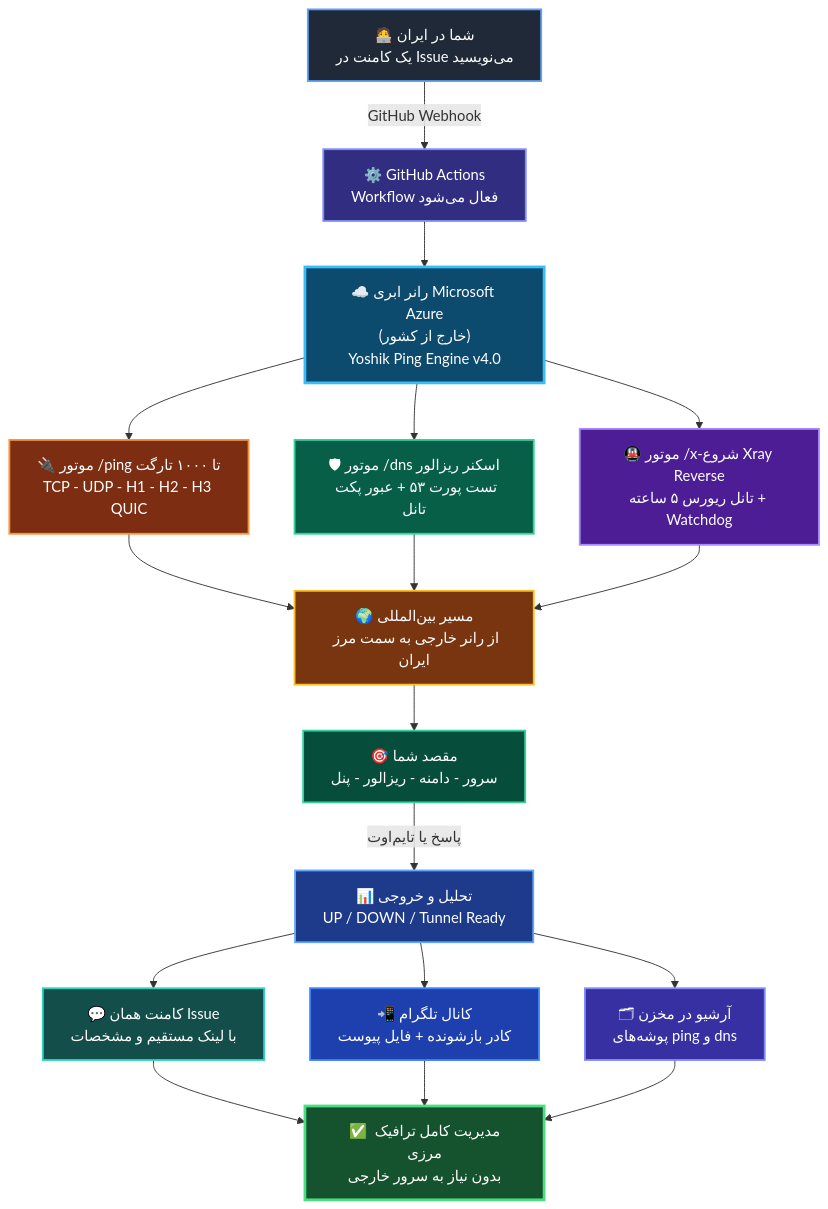
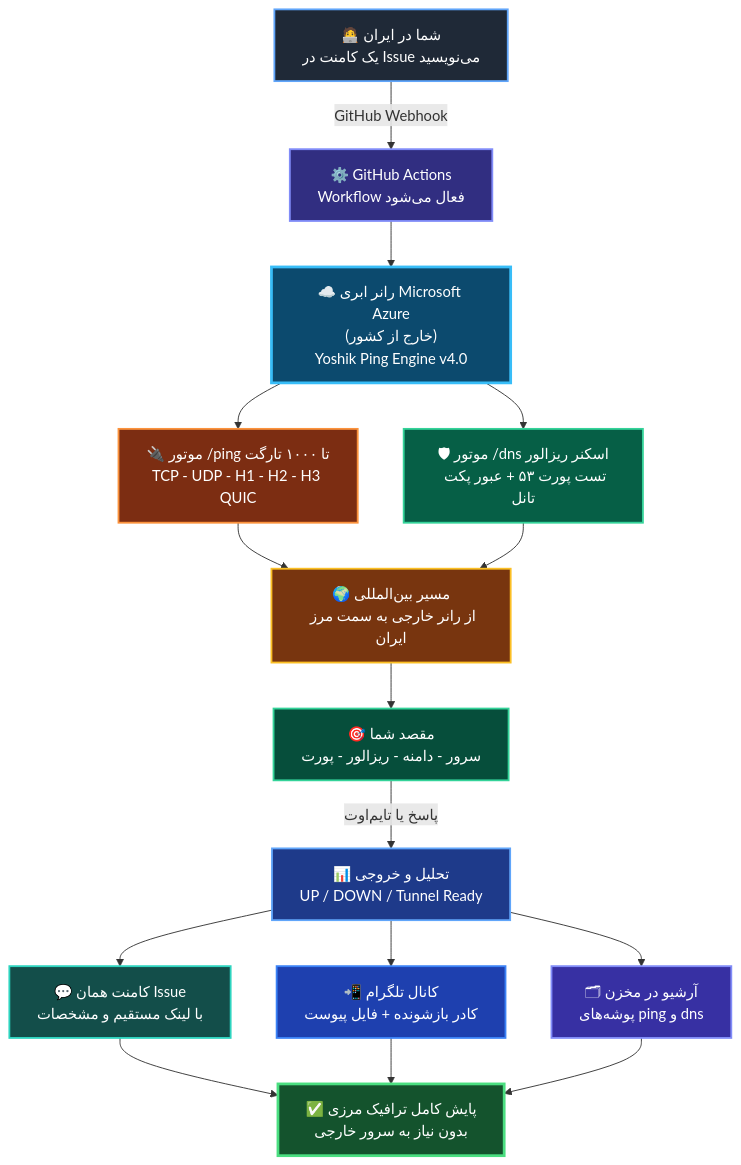
Before and after one commit to YoshikVPS/YoshikPing: the diagram in README.md, drawn with Mermaid. The commit also changed other lines of this file, not shown here.

````diff
--- a/README.md
+++ b/README.md
@@ -39,33 +39,30 @@
 ```mermaid
 flowchart TD
     A["🧑‍💻 شما در ایران<br/>یک کامنت در Issue می‌نویسید"] -->|"GitHub Webhook"| B["⚙️ GitHub Actions<br/>Workflow فعال می‌شود"]
     B --> C["☁️ رانر ابری Microsoft Azure<br/>(خارج از کشور)<br/>Yoshik Ping Engine v4.0"]
     C --> D1["🔌 موتور /ping تا ۱۰۰۰ تارگت<br/>TCP - UDP - H1 - H2 - H3 QUIC"]
     C --> D2["🛡 موتور /dns اسکنر ریزالور<br/>تست پورت ۵۳ + عبور پکت تانل"]
-    C --> D3["🚇 موتور /x-شروع Xray Reverse<br/>تانل ریورس ۵ ساعته + Watchdog"]
     D1 --> E["🌍 مسیر بین‌المللی<br/>از رانر خارجی به سمت مرز ایران"]
     D2 --> E
-    D3 --> E
-    E --> F["🎯 مقصد شما<br/>سرور - دامنه - ریزالور - پنل"]
+    E --> F["🎯 مقصد شما<br/>سرور - دامنه - ریزالور - پورت"]
     F -->|"پاسخ یا تایم‌اوت"| G["📊 تحلیل و خروجی<br/>UP / DOWN / Tunnel Ready"]
     G --> H1["💬 کامنت همان Issue<br/>با لینک مستقیم و مشخصات"]
     G --> H2["📲 کانال تلگرام<br/>کادر بازشونده + فایل پیوست"]
     G --> H3["🗂 آرشیو در مخزن<br/>پوشه‌های ping و dns"]
-    H1 --> I["✅ مدیریت کامل ترافیک مرزی<br/>بدون نیاز به سرور خارجی"]
+    H1 --> I["✅ پایش کامل ترافیک مرزی<br/>بدون نیاز به سرور خارجی"]
     H2 --> I
     H3 --> I
 
     style A fill:#1f2937,stroke:#60a5fa,stroke-width:2px,color:#fff
     style B fill:#312e81,stroke:#818cf8,stroke-width:2px,color:#fff
     style C fill:#0c4a6e,stroke:#38bdf8,stroke-width:3px,color:#fff
     style D1 fill:#7c2d12,stroke:#fb923c,stroke-width:2px,color:#fff
     style D2 fill:#065f46,stroke:#34d399,stroke-width:2px,color:#fff
-    style D3 fill:#4c1d95,stroke:#a78bfa,stroke-width:2px,color:#fff
     style E fill:#78350f,stroke:#fbbf24,stroke-width:2px,color:#fff
     style F fill:#064e3b,stroke:#34d399,stroke-width:2px,color:#fff
     style G fill:#1e3a8a,stroke:#60a5fa,stroke-width:2px,color:#fff
     style H1 fill:#134e4a,stroke:#2dd4bf,stroke-width:2px,color:#fff
     style H2 fill:#1e40af,stroke:#3b82f6,stroke-width:2px,color:#fff
     style H3 fill:#3730a3,stroke:#818cf8,stroke-width:2px,color:#fff
     style I fill:#14532d,stroke:#4ade80,stroke-width:3px,color:#fff
 ```
````
